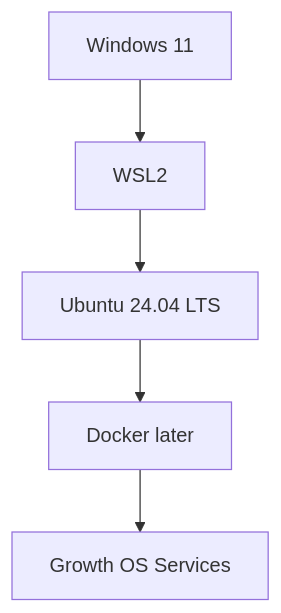
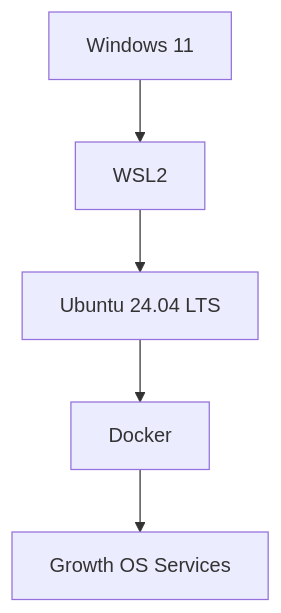
The diagram in growth-os/installation/PHASE1-WSL2-EN.md (DashSaman/-SEO), drawn with Mermaid before and after one commit. The commit also changed other lines of this file, not shown here.

````diff
--- a/growth-os/installation/PHASE1-WSL2-EN.md
+++ b/growth-os/installation/PHASE1-WSL2-EN.md
@@ -9,7 +9,7 @@
 ```mermaid
 flowchart TD
     A[Windows 11] --> B[WSL2]
     B --> C[Ubuntu 24.04 LTS]
-    C --> D[Docker later]
+    C --> D[Docker]
     D --> E[Growth OS Services]
 ```
````
